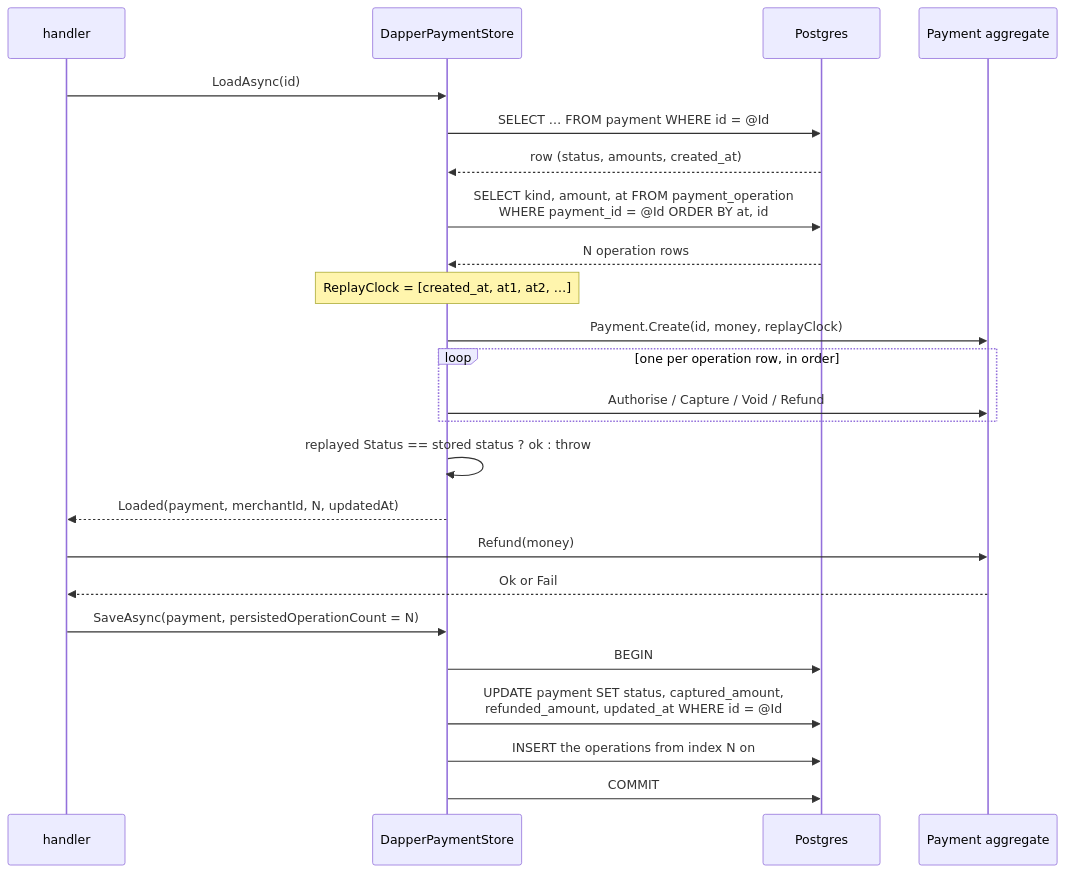
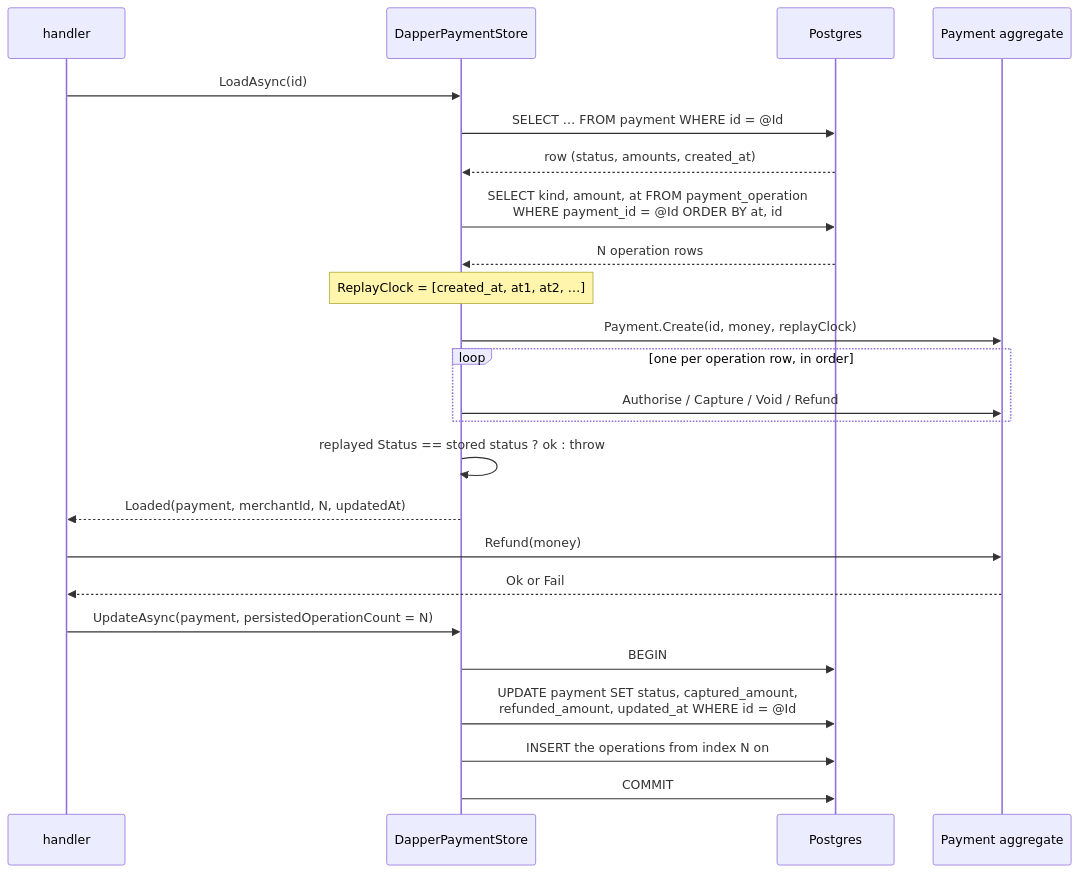
One commit to BaiGanio/agent-ready-payments changed the second of 3 diagrams in labs/02-minimal-api-dapper/WORKBENCH.md. Above: the diagram before and after it, drawn with Mermaid. The commit also changed other lines of this file and 4 other files, not shown here.

Commit message:
docs(lab-02): rename the store's SaveAsync to UpdateAsync

````diff
--- a/labs/02-minimal-api-dapper/WORKBENCH.md
+++ b/labs/02-minimal-api-dapper/WORKBENCH.md
@@ -406,26 +406,26 @@
 ```mermaid
 sequenceDiagram
     participant H as handler
     participant S as DapperPaymentStore
     participant PG as Postgres
     participant A as Payment aggregate
     H->>S: LoadAsync(id)
     S->>PG: SELECT … FROM payment WHERE id = @Id
     PG-->>S: row (status, amounts, created_at)
     S->>PG: SELECT kind, amount, at FROM payment_operation<br/>WHERE payment_id = @Id ORDER BY at, id
     PG-->>S: N operation rows
     Note over S: ReplayClock = [created_at, at1, at2, …]
     S->>A: Payment.Create(id, money, replayClock)
     loop one per operation row, in order
         S->>A: Authorise / Capture / Void / Refund
     end
     S->>S: replayed Status == stored status ? ok : throw
     S-->>H: Loaded(payment, merchantId, N, updatedAt)
     H->>A: Refund(money)
     A-->>H: Ok or Fail
-    H->>S: SaveAsync(payment, persistedOperationCount = N)
+    H->>S: UpdateAsync(payment, persistedOperationCount = N)
     S->>PG: BEGIN
     S->>PG: UPDATE payment SET status, captured_amount,<br/>refunded_amount, updated_at WHERE id = @Id
     S->>PG: INSERT the operations from index N on
     S->>PG: COMMIT
 ```
````
